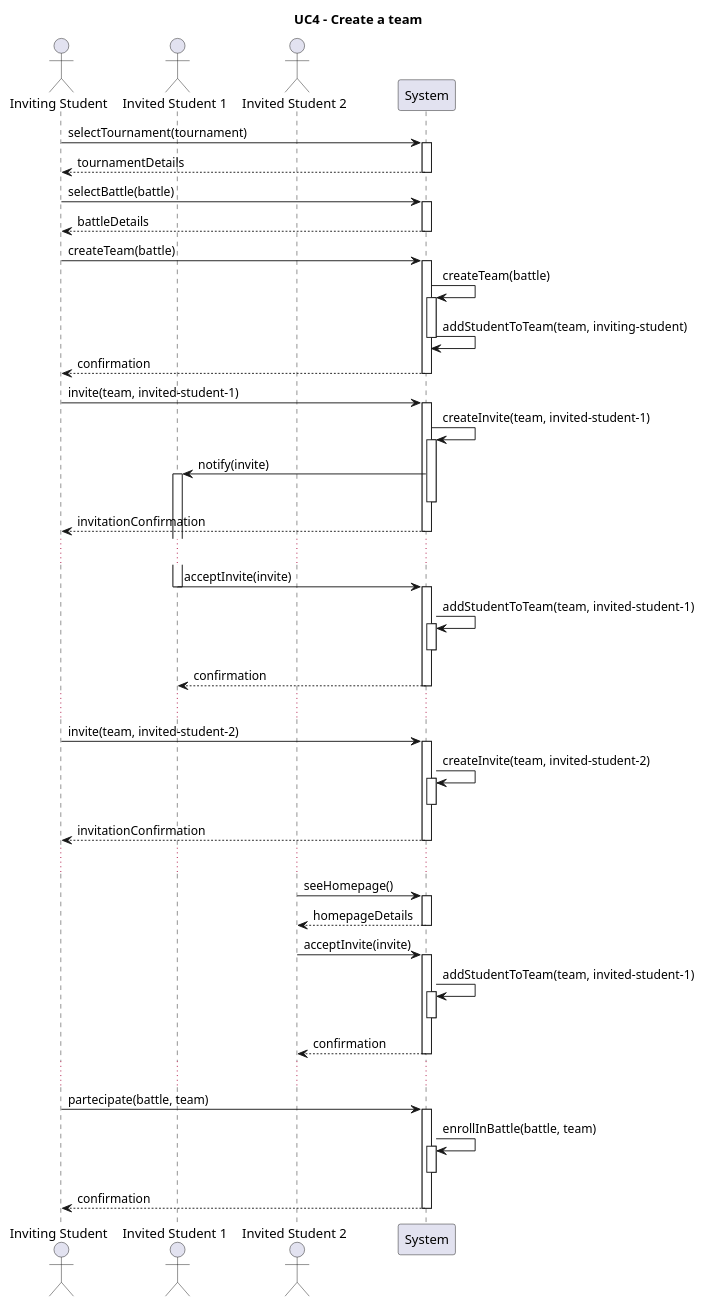
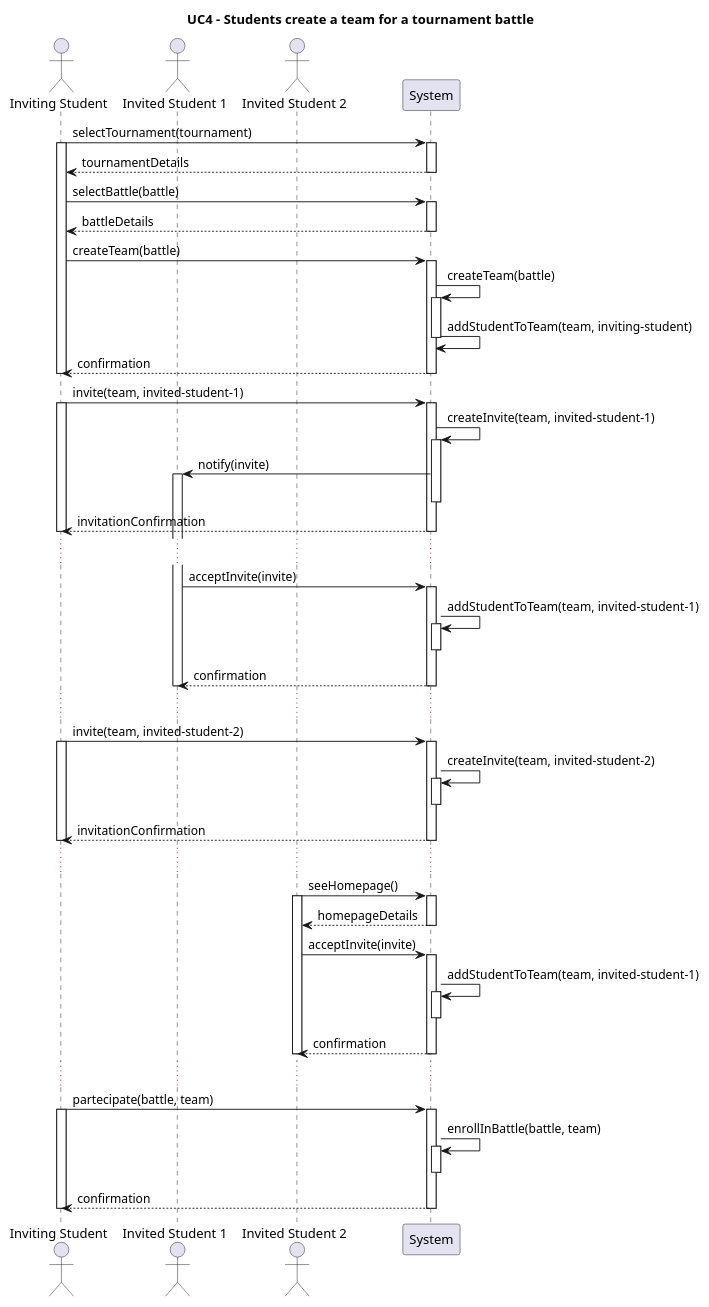
The diagram in rasd/puml/UC4.puml (Furrrlo/CodeKataBattle), drawn with PlantUML before and after one commit. The commit also changed 8 other files, not shown here.

```diff
--- a/rasd/puml/UC4.puml
+++ b/rasd/puml/UC4.puml
@@ -1,51 +1,61 @@
 @startuml UC4
-title UC4 - Create a team
+title UC4 - Students create a team for a tournament battle   
 actor "Inviting Student" as inviting
 actor "Invited Student 1" as notif
 actor "Invited Student 2" as invited
 participant System
 
 inviting -> System ++ : selectTournament(tournament)
+activate inviting
 inviting <-- System -- : tournamentDetails
 
 inviting -> System ++ : selectBattle(battle)
 inviting <-- System -- : battleDetails
 
 inviting -> System ++ : createTeam(battle)
 System -> System ++ : createTeam(battle)
 System -> System -- : addStudentToTeam(team, inviting-student)
 inviting <-- System -- : confirmation
+deactivate inviting
 
 inviting -> System ++ : invite(team, invited-student-1)
+activate inviting
 System -> System ++ : createInvite(team, invited-student-1)
 notif <- System  ++-- : notify(invite)
 inviting <-- System -- : invitationConfirmation
+deactivate inviting
 
 ...
 
-notif -> System --++ : acceptInvite(invite)
+notif -> System ++ : acceptInvite(invite)
 System -> System ++-- : addStudentToTeam(team, invited-student-1)
 notif <-- System -- : confirmation
+deactivate notif
 
 ...
 
 inviting -> System ++ : invite(team, invited-student-2)
+activate inviting
 System -> System ++-- : createInvite(team, invited-student-2)
 inviting <-- System -- : invitationConfirmation
-
+deactivate inviting
 ...
 
 invited -> System ++ : seeHomepage()
+activate invited
 invited <-- System -- : homepageDetails
 
-invited -> System --++ : acceptInvite(invite)
+invited -> System ++ : acceptInvite(invite)
 System -> System ++-- : addStudentToTeam(team, invited-student-1)
 invited <-- System -- : confirmation
+deactivate invited
 
 ...
 
 inviting -> System ++ : partecipate(battle, team)
+activate inviting
 System -> System ++-- : enrollInBattle(battle, team)
 inviting <-- System -- : confirmation
+deactivate inviting
 
 @enduml
```
